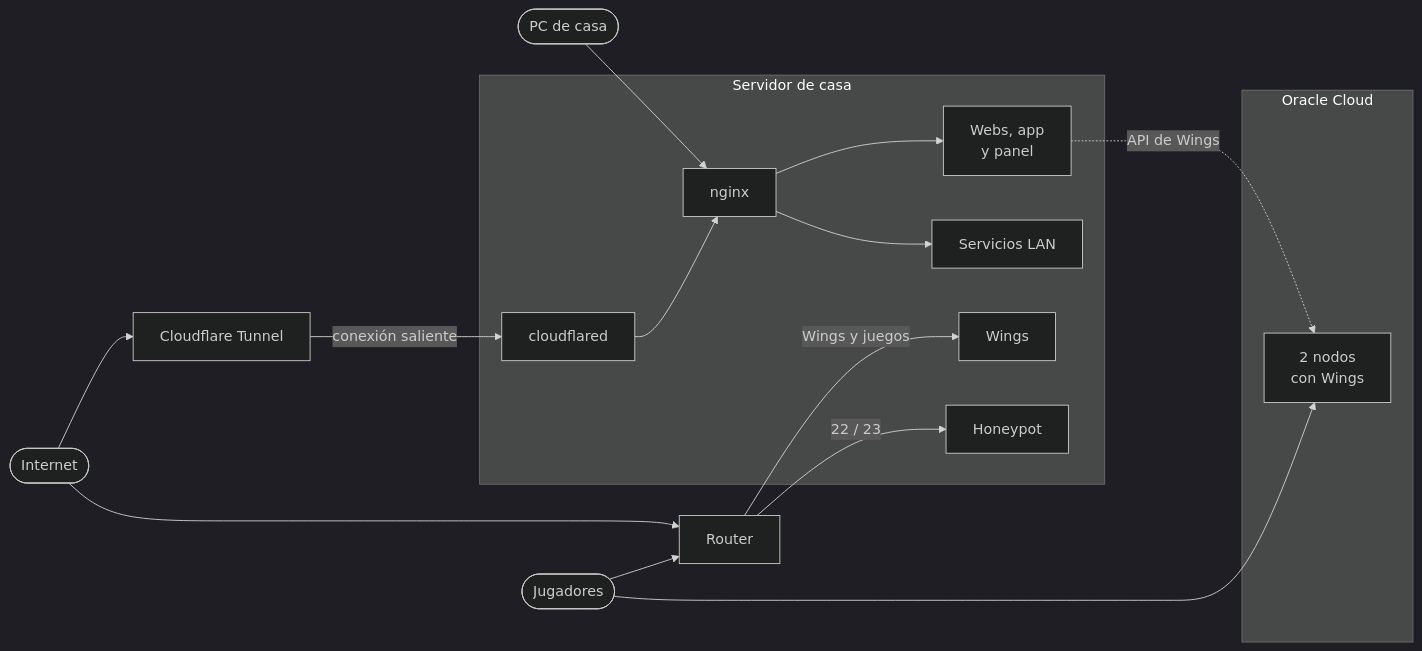
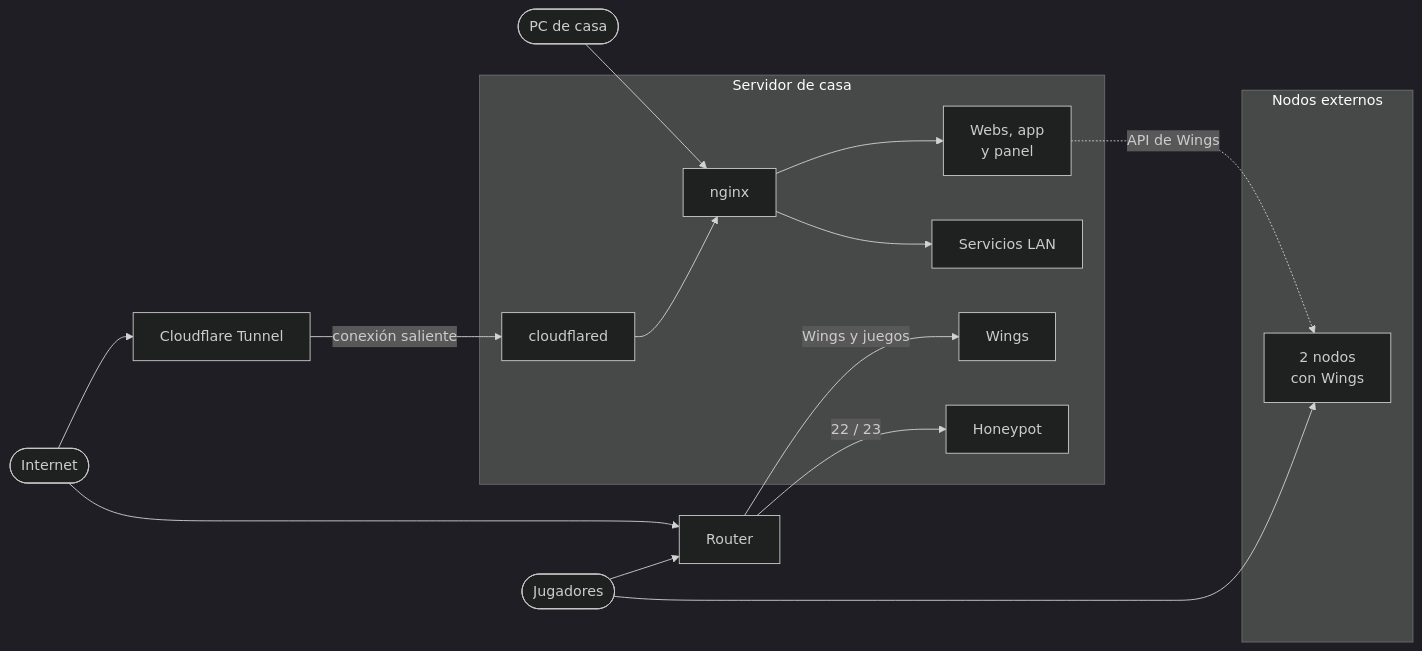
One commit to IsDerky/homelab changed the first of 2 diagrams in docs/arquitectura.md. Above: the diagram before and after it, drawn with Mermaid (dark theme). The commit also changed other lines of this file and 4 other files, not shown here.

Commit message:
Docs: nodos externos en vez de nombrar el proveedor

````diff
--- a/docs/arquitectura.md
+++ b/docs/arquitectura.md
@@ -5,28 +5,28 @@
 ```mermaid
 flowchart LR
     internet([Internet])
     jugadores([Jugadores])
     pc([PC de casa])
     cf[Cloudflare Tunnel]
     router[Router]
 
     subgraph srv[Servidor de casa]
         cfd[cloudflared]
         nginx[nginx]
         webs[Webs, app<br/>y panel]
         lan[Servicios LAN]
         wings[Wings]
         hp[Honeypot]
     end
 
-    subgraph oracle[Oracle Cloud]
+    subgraph externos[Nodos externos]
         nodos[2 nodos<br/>con Wings]
     end
 
     internet --> cf -->|conexión saliente| cfd --> nginx --> webs
     pc --> nginx --> lan
     jugadores --> router -->|Wings y juegos| wings
     jugadores --> nodos
     internet --> router -->|22 / 23| hp
     webs -.->|API de Wings| nodos
 ```
````
